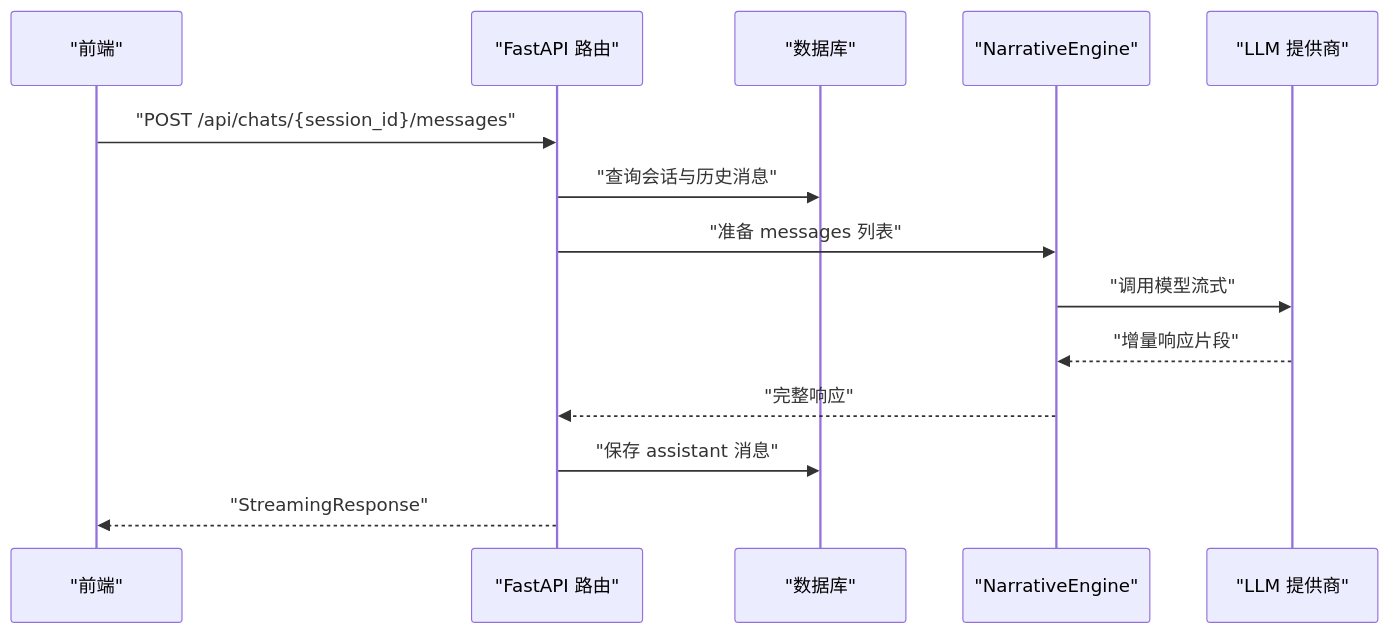
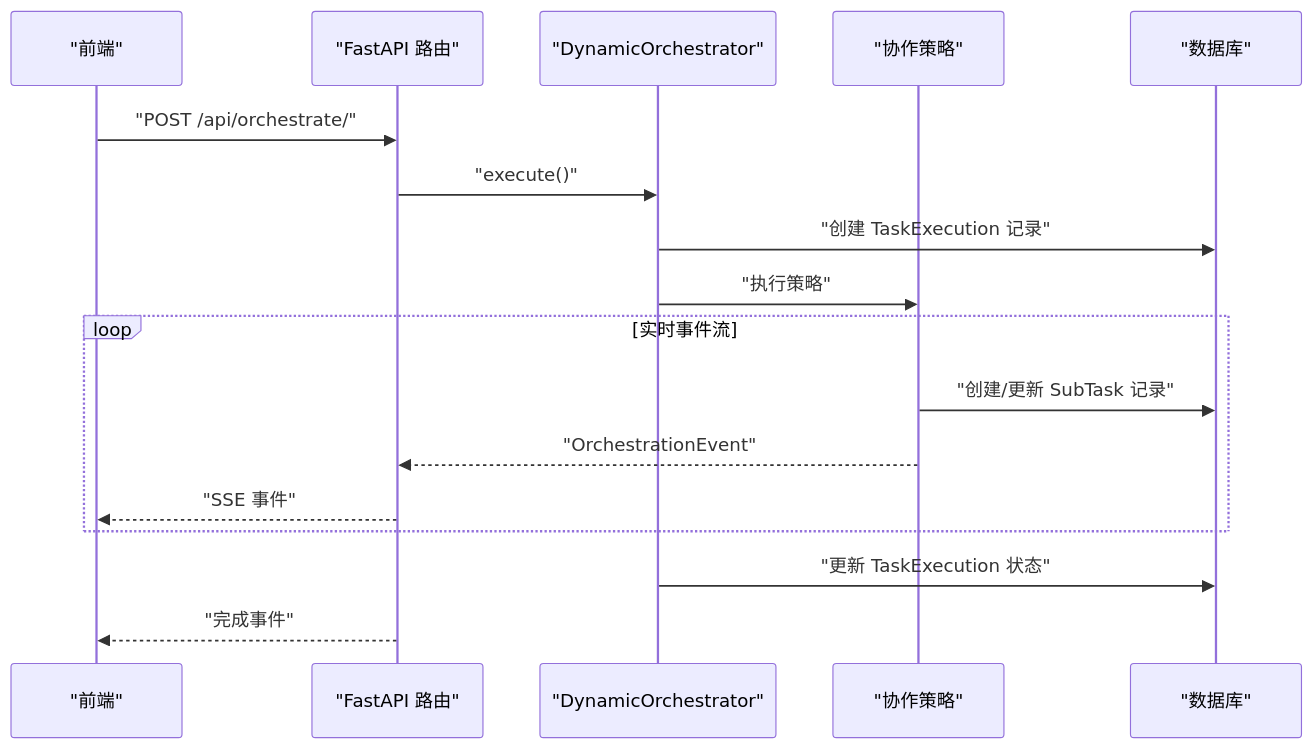
The sixth of 9 diagrams in .qoder/repowiki/zh/content/多智能体叙事引擎/智能体协作机制.md (KunLabAI/KunFlix), drawn with Mermaid before and after one commit. The commit also changed other lines of this file and 25 other files, not shown here.

````diff
--- a/.qoder/repowiki/zh/content/多智能体叙事引擎/智能体协作机制.md
+++ b/.qoder/repowiki/zh/content/多智能体叙事引擎/智能体协作机制.md
@@ -183,16 +336,19 @@
 ```mermaid
 sequenceDiagram
 participant FE as "前端"
 participant API as "FastAPI 路由"
+participant ORCH as "DynamicOrchestrator"
+participant STRAT as "协作策略"
 participant DB as "数据库"
-participant NE as "NarrativeEngine"
-participant LLM as "LLM 提供商"
-FE->>API : "POST /api/chats/{session_id}/messages"
-API->>DB : "查询会话与历史消息"
-API->>NE : "准备 messages 列表"
-NE->>LLM : "调用模型流式"
-LLM-->>NE : "增量响应片段"
-NE-->>API : "完整响应"
-API->>DB : "保存 assistant 消息"
-API-->>FE : "StreamingResponse"
+FE->>API : "POST /api/orchestrate/"
+API->>ORCH : "execute()"
+ORCH->>DB : "创建 TaskExecution 记录"
+ORCH->>STRAT : "执行策略"
+loop 实时事件流
+STRAT->>DB : "创建/更新 SubTask 记录"
+STRAT-->>API : "OrchestrationEvent"
+API-->>FE : "SSE 事件"
+end
+ORCH->>DB : "更新 TaskExecution 状态"
+API-->>FE : "完成事件"
 ```
````
